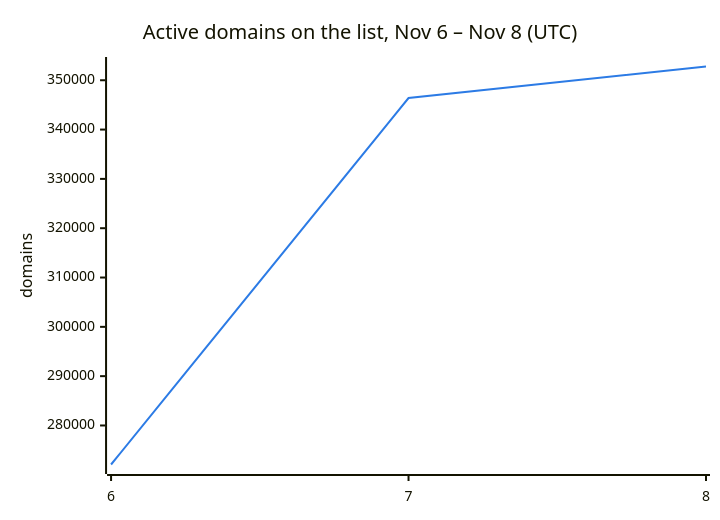
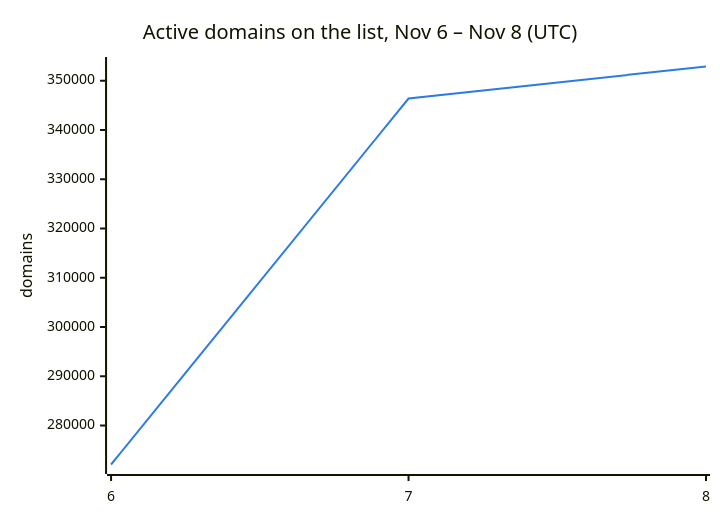
The second of 3 diagrams in README.md (DNSBunker/CTI), drawn with Mermaid before and after one commit. The commit also changed other lines of this file and 3 other files, not shown here.

````diff
--- a/README.md
+++ b/README.md
@@ -38,8 +38,8 @@
 ```mermaid
 %%{init: {"themeVariables": {"xyChart": {"plotColorPalette": "#2c7be5"}}}}%%
 xychart-beta
     title "Active domains on the list, Nov 6 – Nov 8 (UTC)"
     x-axis ["6", "7", "8"]
     y-axis "domains"
-    line [272088, 346388, 352788]
+    line [272088, 346388, 352890]
 ```
````
